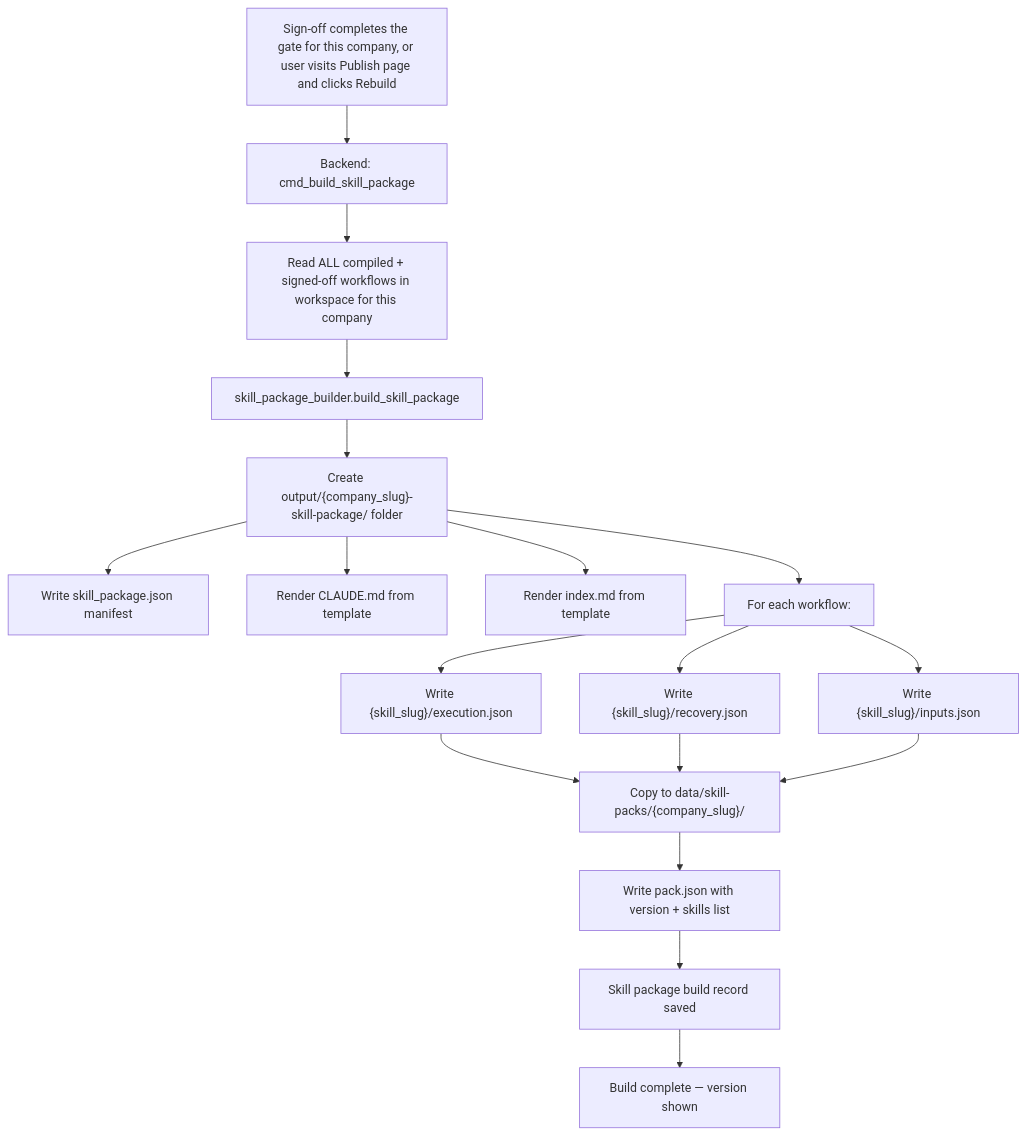
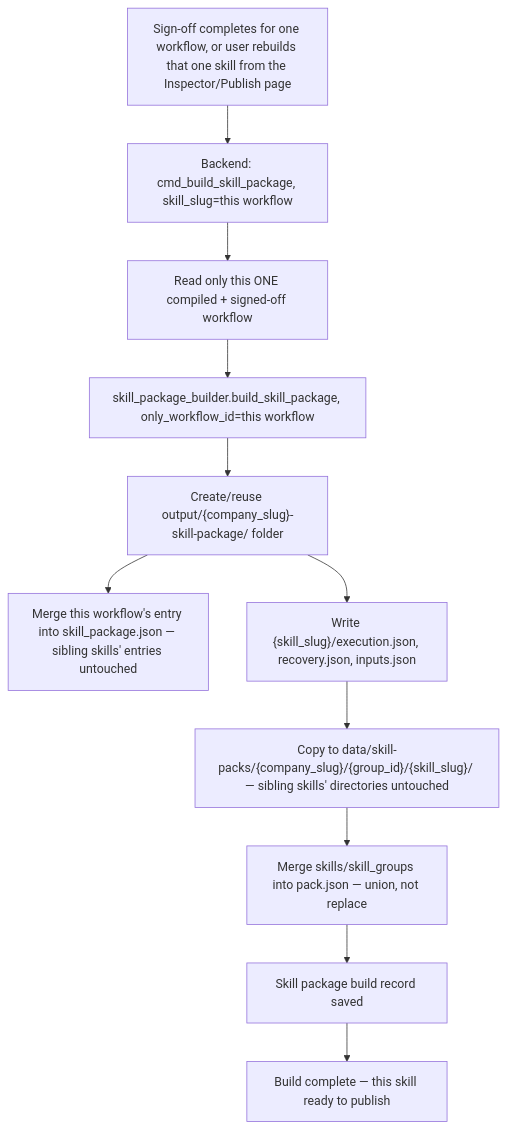
The eighth of 20 diagrams in docs/App-Flow.md (Cannonbold2412/CONXA), drawn with Mermaid before and after one commit. The commit also changed other lines of this file and 6 other files, not shown here.

First line of the commit message:
docs: document per-skill release scoping, Cloud release center, and groups sync

````diff
--- a/docs/App-Flow.md
+++ b/docs/App-Flow.md
@@ -332,18 +330,13 @@
 ```mermaid
 flowchart TD
-    A[Sign-off completes the gate for this company, or user visits Publish page and clicks Rebuild] --> B[Backend: cmd_build_skill_package]
-    B --> C[Read ALL compiled + signed-off workflows in workspace for this company]
-    C --> D[skill_package_builder.build_skill_package]
-    D --> E["Create output/{company_slug}-skill-package/ folder"]
-    E --> F[Write skill_package.json manifest]
-    E --> G[Render CLAUDE.md from template]
-    E --> H[Render index.md from template]
-    E --> I[For each workflow:]
-    I --> J["Write {skill_slug}/execution.json"]
-    I --> K["Write {skill_slug}/recovery.json"]
-    I --> L["Write {skill_slug}/inputs.json"]
-    J & K & L --> M["Copy to data/skill-packs/{company_slug}/"]
-    M --> N[Write pack.json with version + skills list]
+    A[Sign-off completes for one workflow, or user rebuilds that one skill from the Inspector/Publish page] --> B[Backend: cmd_build_skill_package, skill_slug=this workflow]
+    B --> C[Read only this ONE compiled + signed-off workflow]
+    C --> D[skill_package_builder.build_skill_package, only_workflow_id=this workflow]
+    D --> E["Create/reuse output/{company_slug}-skill-package/ folder"]
+    E --> F[Merge this workflow's entry into skill_package.json — sibling skills' entries untouched]
+    E --> I["Write {skill_slug}/execution.json, recovery.json, inputs.json"]
+    I --> M["Copy to data/skill-packs/{company_slug}/{group_id}/{skill_slug}/ — sibling skills' directories untouched"]
+    M --> N[Merge skills/skill_groups into pack.json — union, not replace]
     N --> O[Skill package build record saved]
-    O --> P[Build complete — version shown]
+    O --> P[Build complete — this skill ready to publish]
 ```
````
